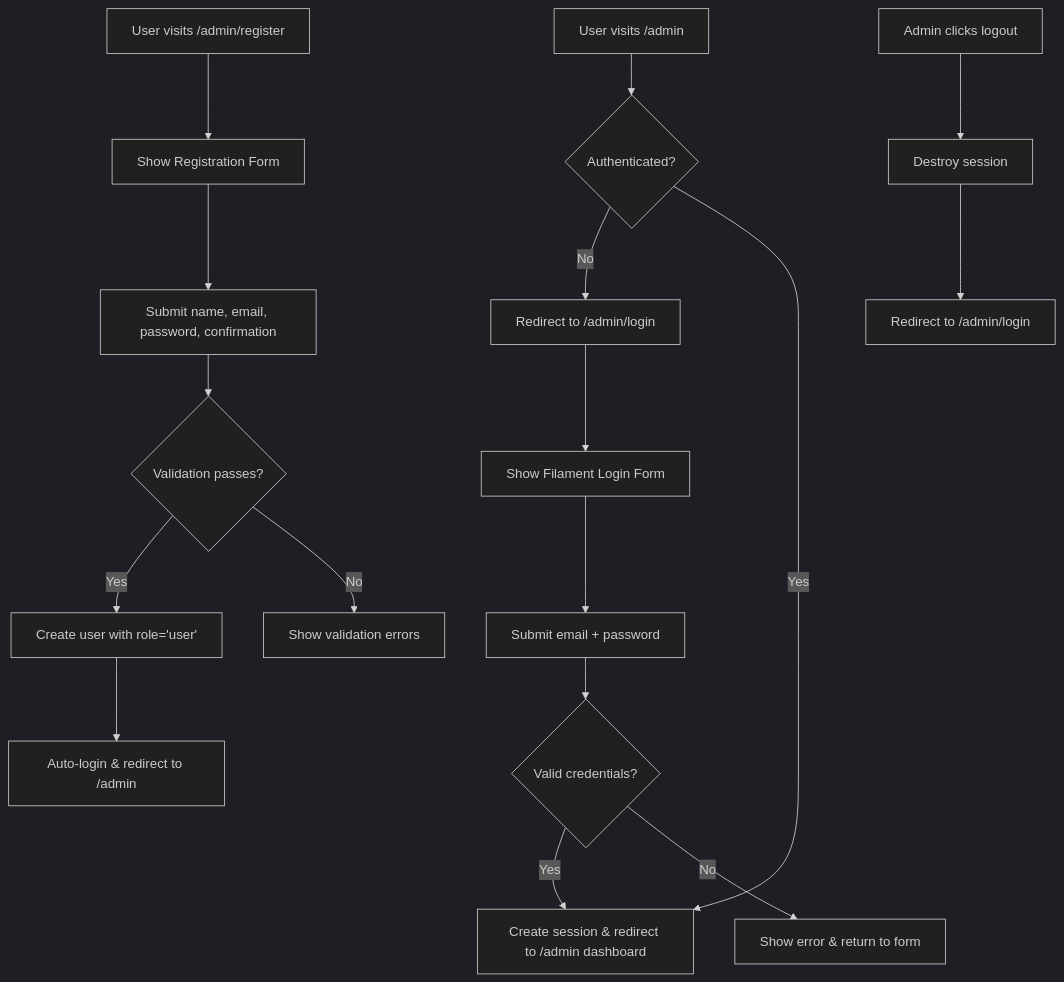
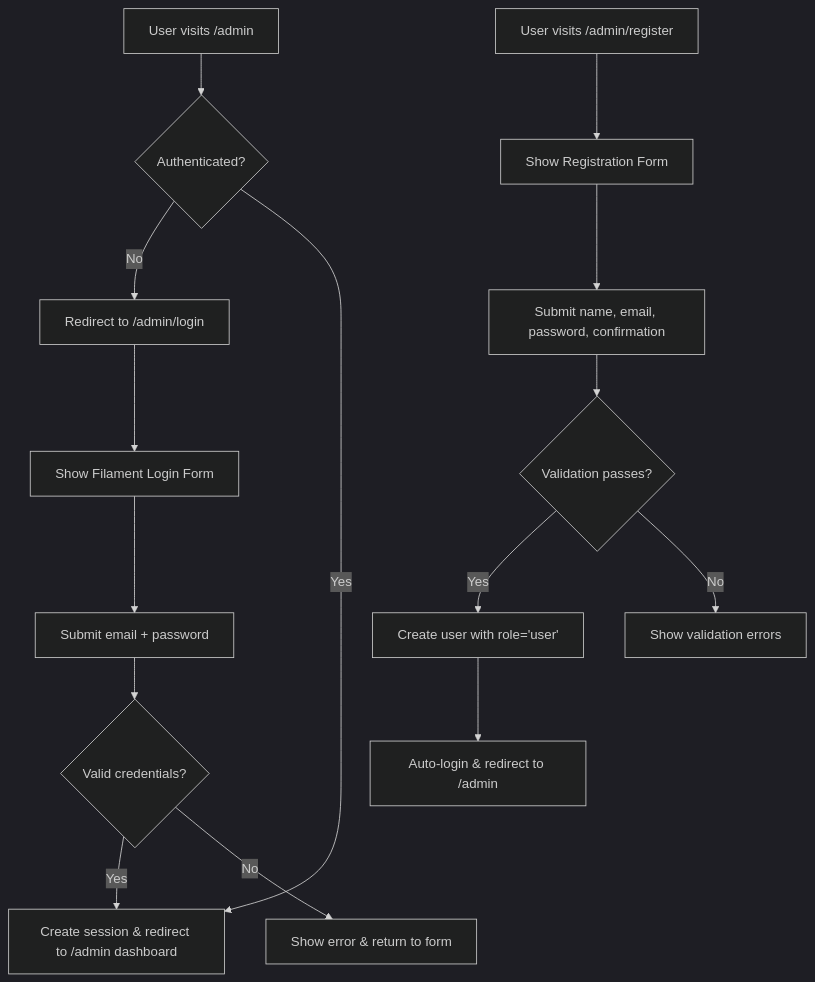
The first of 6 diagrams in docs/PRD.md (Madeena-software/madeena-company-profile), drawn with Mermaid (dark theme) before and after one commit. The commit also changed other lines of this file, not shown here.

````diff
--- a/docs/PRD.md
+++ b/docs/PRD.md
@@ -244,22 +216,19 @@
 ```mermaid
 flowchart TD
     A["User visits /admin"] --> B{"Authenticated?"}
     B -- No --> C["Redirect to /admin/login"]
     C --> D["Show Filament Login Form"]
     D --> E["Submit email + password"]
     E --> F{"Valid credentials?"}
     F -- Yes --> G["Create session & redirect to /admin dashboard"]
     F -- No --> H["Show error & return to form"]
     
     B -- Yes --> G
     
     I["User visits /admin/register"] --> J["Show Registration Form"]
     J --> K["Submit name, email, password, confirmation"]
     K --> L{"Validation passes?"}
     L -- Yes --> M["Create user with role='user'"]
     M --> N["Auto-login & redirect to /admin"]
     L -- No --> O["Show validation errors"]
-    
-    P["Admin clicks logout"] --> Q["Destroy session"]
-    Q --> R["Redirect to /admin/login"]
 ```
````
